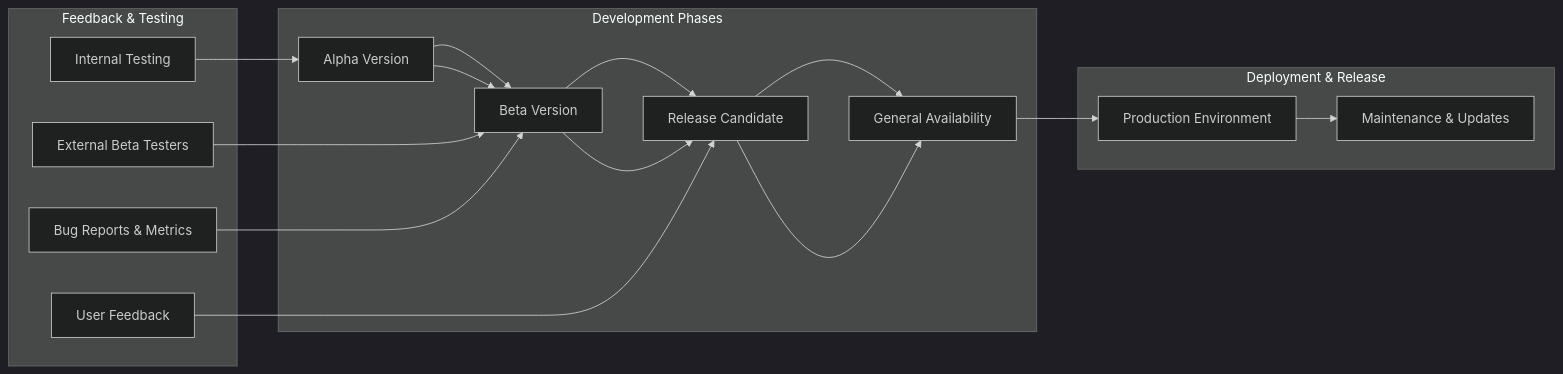
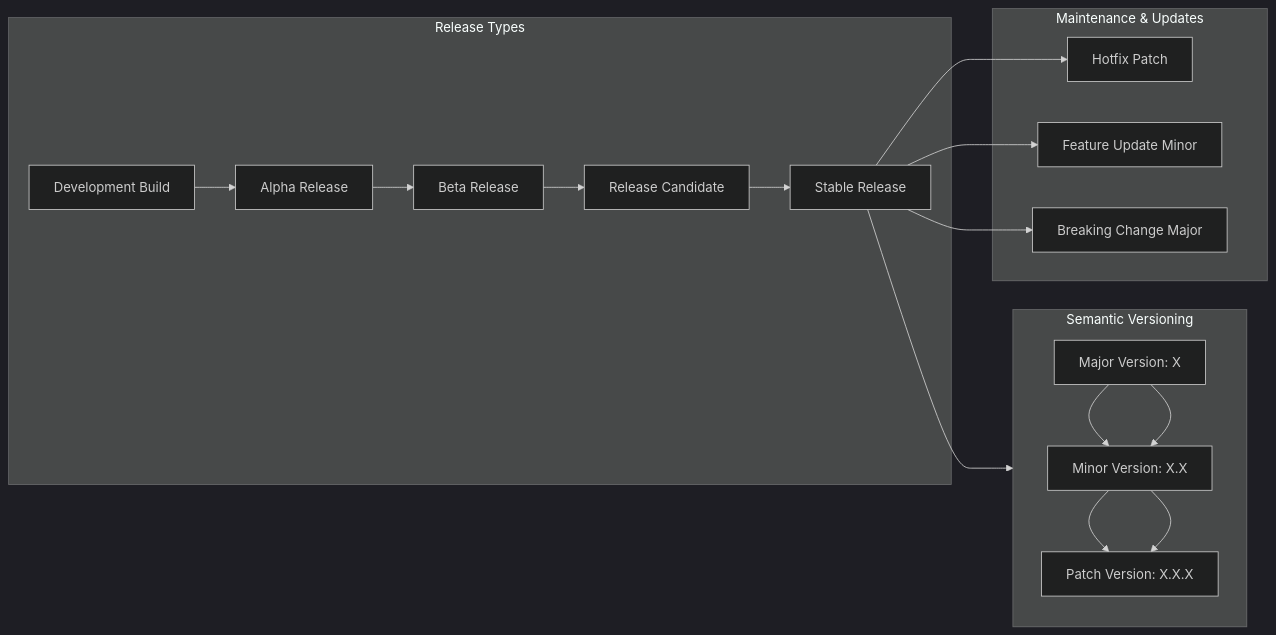
The second of 2 diagrams in profile/README.md (Cloud2BR-MSFTLearningHub/.github), drawn with Mermaid (dark theme) before and after one commit. The commit also changed other lines of this file, not shown here.

First line of the commit message:
Revise deployment lifecycle and versioning details

````diff
--- a/profile/README.md
+++ b/profile/README.md
@@ -70,24 +70,24 @@
 ```mermaid
 flowchart LR
-  subgraph Development_Phases[Development Phases]
-    Alpha[Alpha Version] --> Beta[Beta Version]
-    Beta --> RC[Release Candidate]
-    RC --> GA[General Availability]
+  subgraph Versioning[Semantic Versioning]
+    Major[Major Version: X] --> Minor[Minor Version: X.X]
+    Minor --> Patch[Patch Version: X.X.X]
   end
 
-  subgraph Feedback_Loop[Feedback & Testing]
-    InternalTesting[Internal Testing] --> Alpha
-    BetaTesters[External Beta Testers] --> Beta
-    BugReports[Bug Reports & Metrics] --> Beta
-    UserFeedback[User Feedback] --> RC
+  subgraph Release_Types[Release Types]
+    DevBuild[Development Build] --> Alpha[Alpha Release]
+    Alpha --> Beta[Beta Release]
+    Beta --> RC[Release Candidate]
+    RC --> Stable[Stable Release]
   end
 
-  subgraph Deployment[Deployment & Release]
-    GA --> Production[Production Environment]
-    Production --> Maintenance[Maintenance & Updates]
+  subgraph Maintenance[Maintenance & Updates]
+    Stable --> Hotfix[Hotfix Patch]
+    Stable --> FeatureUpdate[Feature Update Minor]
+    Stable --> BreakingChange[Breaking Change Major]
   end
 
-  Alpha --> Beta
-  Beta --> RC
-  RC --> GA
+  Major --> Minor
+  Minor --> Patch
+  Stable --> Versioning
 ```
````
